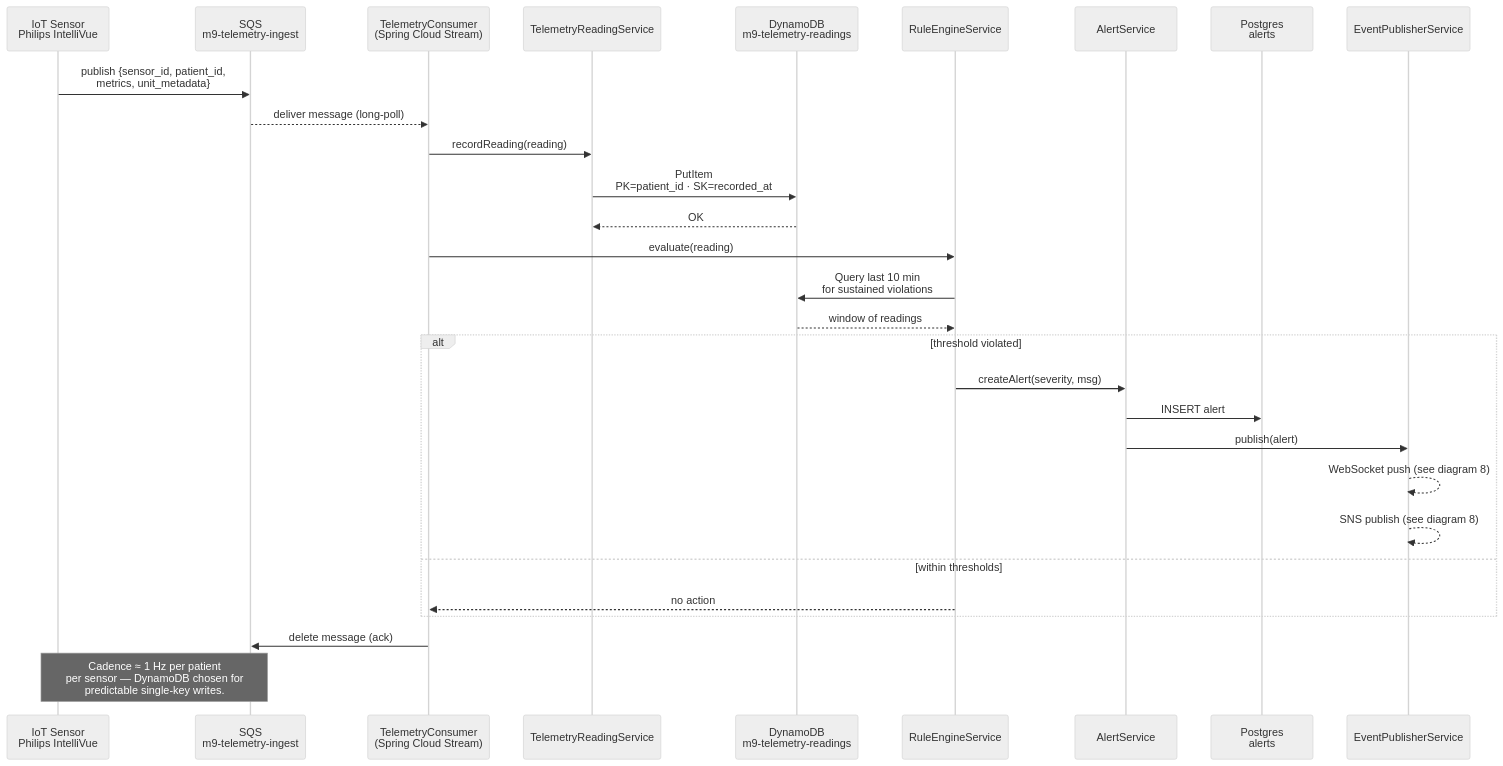
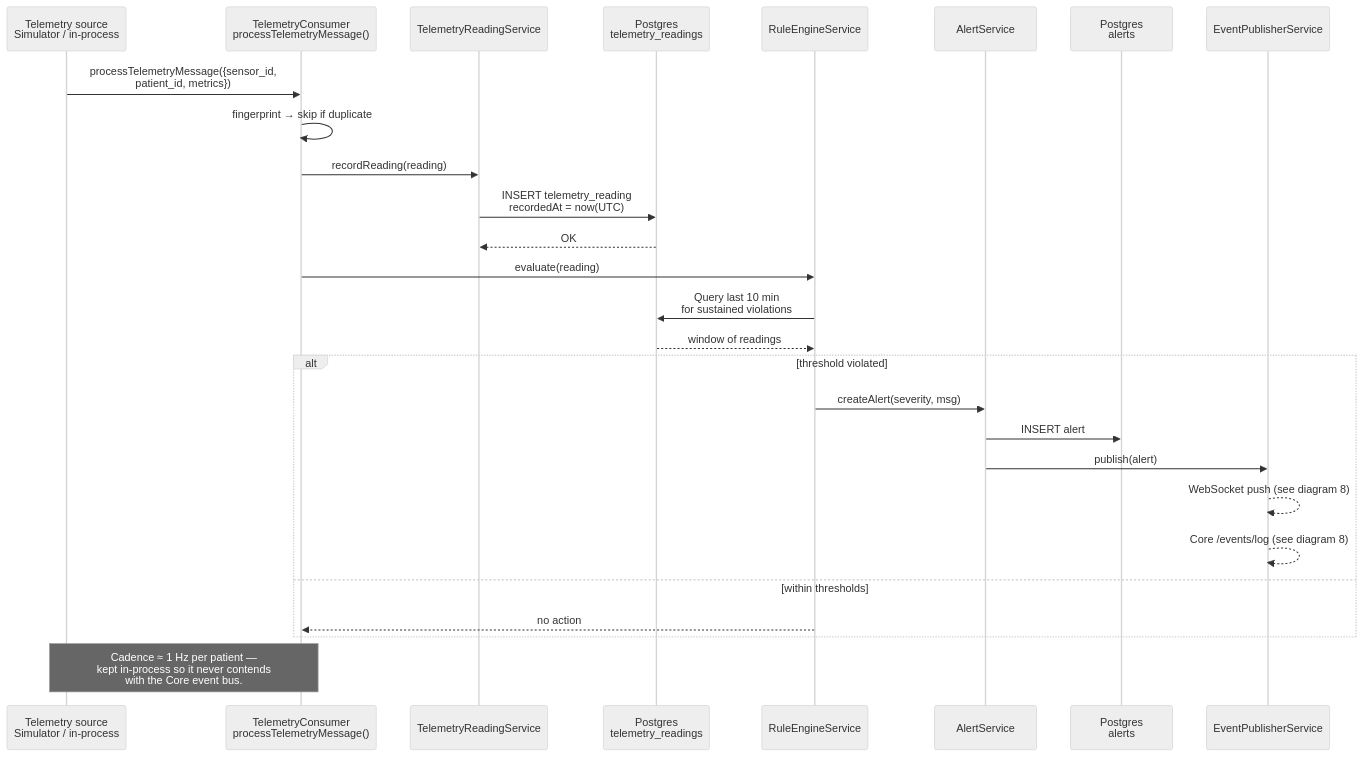
The sixth of 8 diagrams in docs/architecture/architecture-diagrams.md (ValentinoDiaz0509/tpo-da2), drawn with Mermaid (neutral theme) before and after one commit. The commit also changed other lines of this file and 29 other files, not shown here.

````diff
--- a/docs/architecture/architecture-diagrams.md
+++ b/docs/architecture/architecture-diagrams.md
@@ -269,36 +257,33 @@
 ```mermaid
 sequenceDiagram
-    participant Device as IoT Sensor<br/>Philips IntelliVue
-    participant SQS as SQS<br/>m9-telemetry-ingest
-    participant Consumer as TelemetryConsumer<br/>(Spring Cloud Stream)
+    participant Src as Telemetry source<br/>Simulator / in-process
+    participant Consumer as TelemetryConsumer<br/>processTelemetryMessage()
     participant TeleSvc as TelemetryReadingService
-    participant DDB as DynamoDB<br/>m9-telemetry-readings
+    participant PG as Postgres<br/>telemetry_readings
     participant Rule as RuleEngineService
     participant AlertSvc as AlertService
-    participant PG as Postgres<br/>alerts
+    participant PGA as Postgres<br/>alerts
     participant Pub as EventPublisherService
 
-    Device->>SQS: publish {sensor_id, patient_id,<br/>metrics, unit_metadata}
-    SQS-->>Consumer: deliver message (long-poll)
+    Src->>Consumer: processTelemetryMessage({sensor_id,<br/>patient_id, metrics})
+    Consumer->>Consumer: fingerprint → skip if duplicate
     Consumer->>TeleSvc: recordReading(reading)
-    TeleSvc->>DDB: PutItem<br/>PK=patient_id · SK=recorded_at
-    DDB-->>TeleSvc: OK
+    TeleSvc->>PG: INSERT telemetry_reading<br/>recordedAt = now(UTC)
+    PG-->>TeleSvc: OK
 
     Consumer->>Rule: evaluate(reading)
-    Rule->>DDB: Query last 10 min<br/>for sustained violations
-    DDB-->>Rule: window of readings
+    Rule->>PG: Query last 10 min<br/>for sustained violations
+    PG-->>Rule: window of readings
 
     alt threshold violated
         Rule->>AlertSvc: createAlert(severity, msg)
-        AlertSvc->>PG: INSERT alert
+        AlertSvc->>PGA: INSERT alert
         AlertSvc->>Pub: publish(alert)
         Pub-->>Pub: WebSocket push (see diagram 8)
-        Pub-->>Pub: SNS publish (see diagram 8)
+        Pub-->>Pub: Core /events/log (see diagram 8)
     else within thresholds
         Rule-->>Consumer: no action
     end
 
-    Consumer->>SQS: delete message (ack)
-
-    Note over Device,SQS: Cadence ≈ 1 Hz per patient<br/>per sensor — DynamoDB chosen for<br/>predictable single-key writes.
+    Note over Src,Consumer: Cadence ≈ 1 Hz per patient —<br/>kept in-process so it never contends<br/>with the Core event bus.
 ```
````
